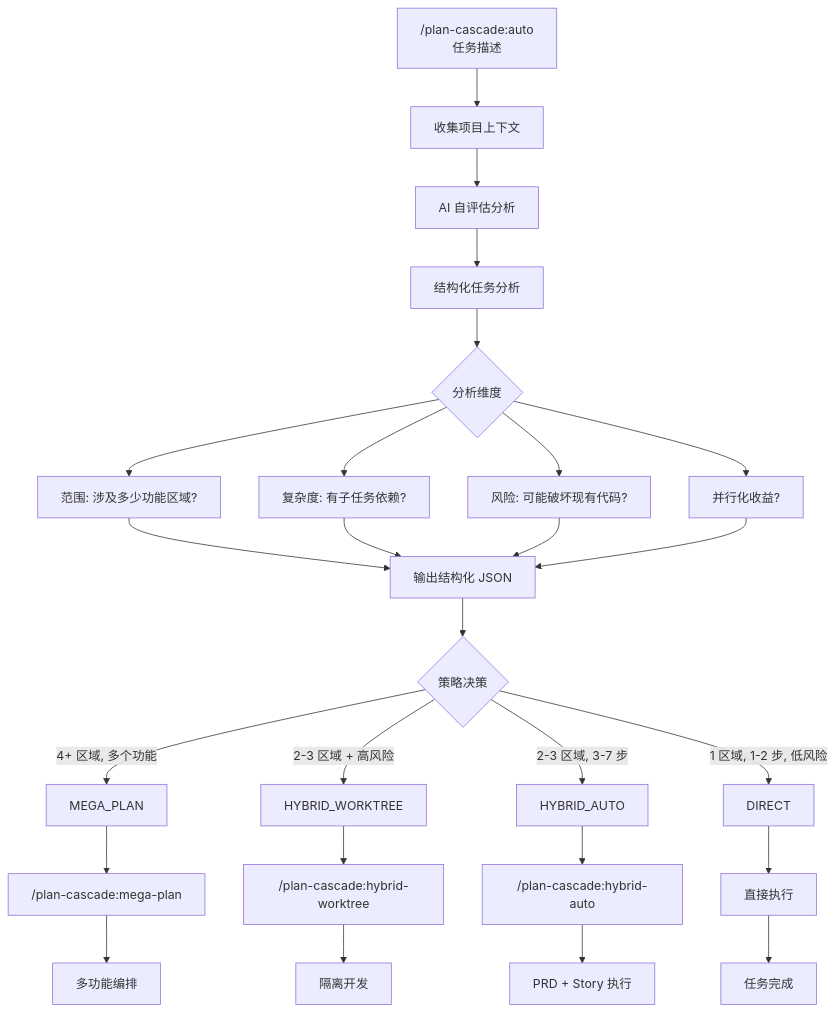
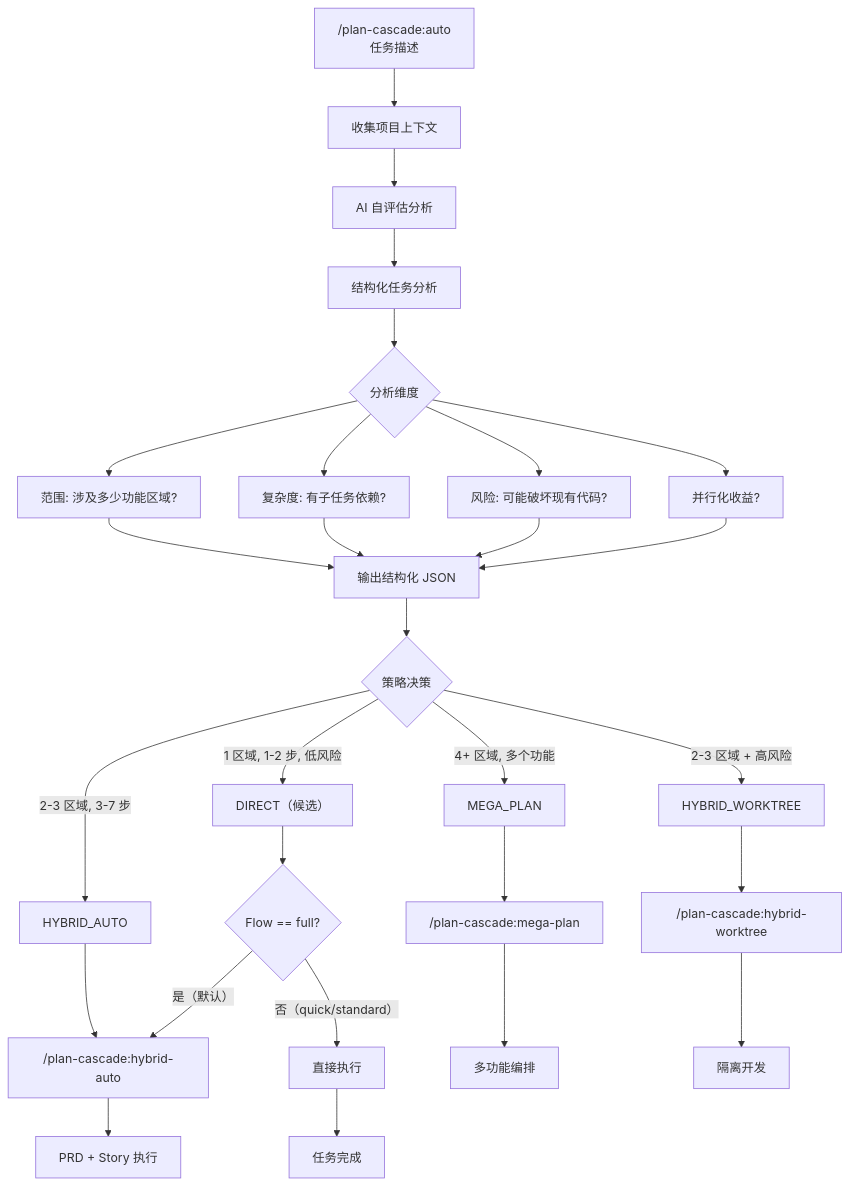
Before and after one commit to Taoidle/plan-cascade: the fourth of 19 diagrams in docs/System-Architecture_zh.md, drawn with Mermaid. The commit also changed other lines of this file and 17 other files, not shown here.

````diff
--- a/docs/System-Architecture_zh.md
+++ b/docs/System-Architecture_zh.md
@@ -303,35 +304,37 @@
 ```mermaid
 flowchart TD
     A["/plan-cascade:auto<br/>任务描述"] --> B[收集项目上下文]
     B --> C[AI 自评估分析]
 
     C --> D[结构化任务分析]
 
     D --> E{分析维度}
     E --> E1[范围: 涉及多少功能区域?]
     E --> E2[复杂度: 有子任务依赖?]
     E --> E3[风险: 可能破坏现有代码?]
     E --> E4[并行化收益?]
 
     E1 --> F[输出结构化 JSON]
     E2 --> F
     E3 --> F
     E4 --> F
 
     F --> G{策略决策}
 
     G -->|"4+ 区域, 多个功能"| H[MEGA_PLAN]
     G -->|"2-3 区域 + 高风险"| I[HYBRID_WORKTREE]
     G -->|"2-3 区域, 3-7 步"| J[HYBRID_AUTO]
-    G -->|"1 区域, 1-2 步, 低风险"| K[DIRECT]
+    G -->|"1 区域, 1-2 步, 低风险"| K[DIRECT（候选）]
 
     H --> L["/plan-cascade:mega-plan"]
     I --> M["/plan-cascade:hybrid-worktree"]
     J --> N["/plan-cascade:hybrid-auto"]
-    K --> O[直接执行]
+    K --> X{Flow == full?}
+    X -->|"是（默认）"| N
+    X -->|"否（quick/standard）"| O[直接执行]
 
     L --> P[多功能编排]
     M --> Q[隔离开发]
     N --> R[PRD + Story 执行]
     O --> S[任务完成]
 ```
````
